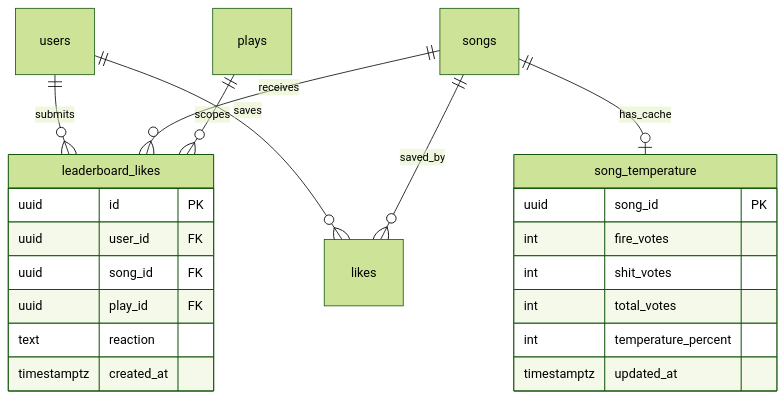
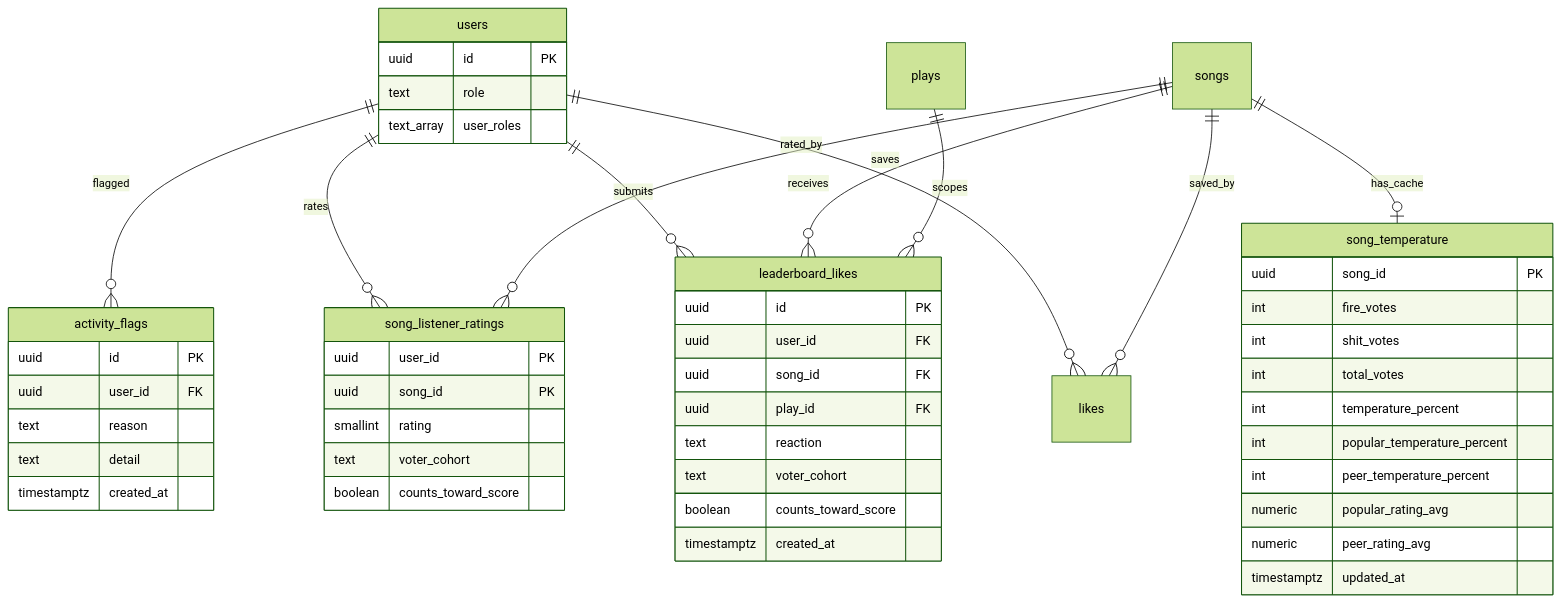
Diagram 13 of 14 in docs/UML/uml-diagrams.md (Tmaku18/RADIOapp), drawn with Mermaid (forest theme) before and after one commit. The commit also changed other lines of this file and 64 other files, not shown here.

````diff
--- a/docs/UML/uml-diagrams.md
+++ b/docs/UML/uml-diagrams.md
@@ -211,27 +284,58 @@
 ```mermaid
 erDiagram
   users ||--o{ leaderboard_likes : submits
   songs ||--o{ leaderboard_likes : receives
   plays ||--o{ leaderboard_likes : scopes
   songs ||--o| song_temperature : has_cache
   users ||--o{ likes : saves
   songs ||--o{ likes : saved_by
+  users ||--o{ song_listener_ratings : rates
+  songs ||--o{ song_listener_ratings : rated_by
+  users ||--o{ activity_flags : flagged
+
+  users {
+    uuid id PK
+    text role
+    text_array user_roles
+  }
 
   leaderboard_likes {
     uuid id PK
     uuid user_id FK
     uuid song_id FK
     uuid play_id FK
     text reaction
+    text voter_cohort
+    boolean counts_toward_score
     timestamptz created_at
+  }
+
+  song_listener_ratings {
+    uuid user_id PK
+    uuid song_id PK
+    smallint rating
+    text voter_cohort
+    boolean counts_toward_score
   }
 
   song_temperature {
     uuid song_id PK
     int fire_votes
     int shit_votes
     int total_votes
     int temperature_percent
+    int popular_temperature_percent
+    int peer_temperature_percent
+    numeric popular_rating_avg
+    numeric peer_rating_avg
     timestamptz updated_at
   }
+
+  activity_flags {
+    uuid id PK
+    uuid user_id FK
+    text reason
+    text detail
+    timestamptz created_at
+  }
 ```
````
